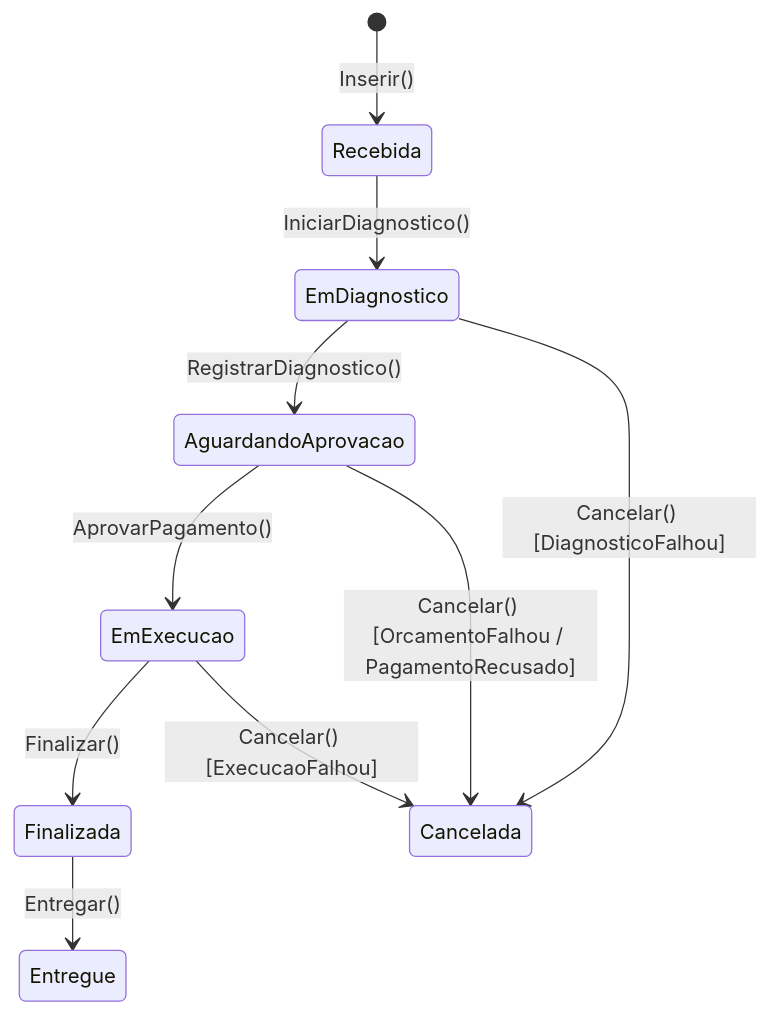
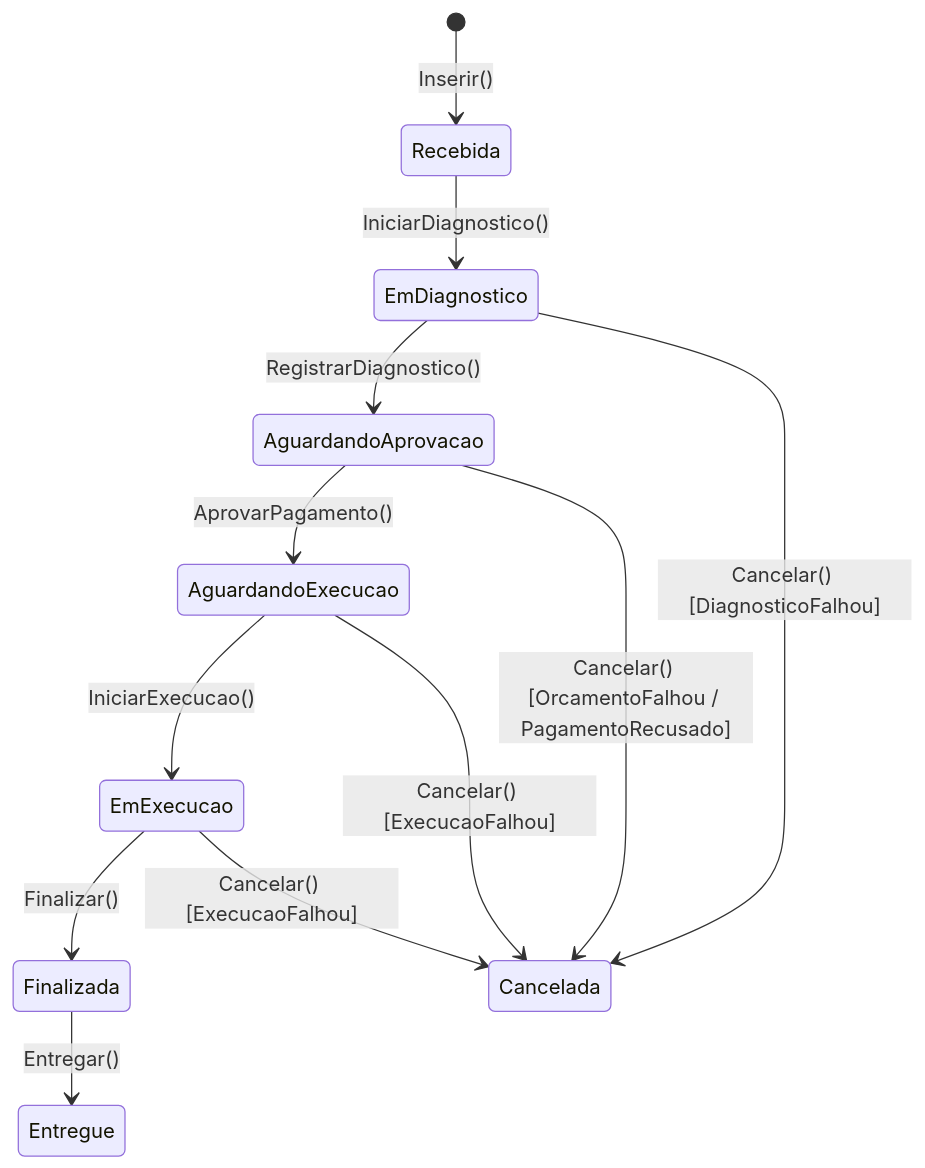
The third of 4 diagrams in docs/architecture.md (monnclaro/soat-tech-challenge-os-service), drawn with Mermaid before and after one commit. The commit also changed other lines of this file and 24 other files, not shown here.

First line of the commit message:
fix: iniciar execucao sempre manual, nunca por comando automatico

````diff
--- a/docs/architecture.md
+++ b/docs/architecture.md
@@ -70,13 +71,15 @@
 ```mermaid
 stateDiagram-v2
     [*] --> Recebida: Inserir()
     Recebida --> EmDiagnostico: IniciarDiagnostico()
     EmDiagnostico --> AguardandoAprovacao: RegistrarDiagnostico()
-    AguardandoAprovacao --> EmExecucao: AprovarPagamento()
+    AguardandoAprovacao --> AguardandoExecucao: AprovarPagamento()
+    AguardandoExecucao --> EmExecucao: IniciarExecucao()
     EmExecucao --> Finalizada: Finalizar()
     Finalizada --> Entregue: Entregar()
 
     EmDiagnostico --> Cancelada: Cancelar() [DiagnosticoFalhou]
     AguardandoAprovacao --> Cancelada: Cancelar() [OrcamentoFalhou / PagamentoRecusado]
+    AguardandoExecucao --> Cancelada: Cancelar() [ExecucaoFalhou]
     EmExecucao --> Cancelada: Cancelar() [ExecucaoFalhou]
 ```
````
